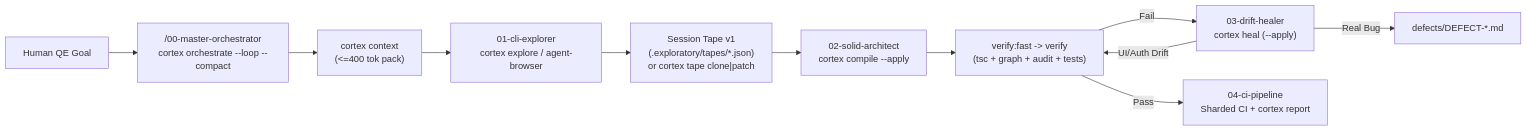
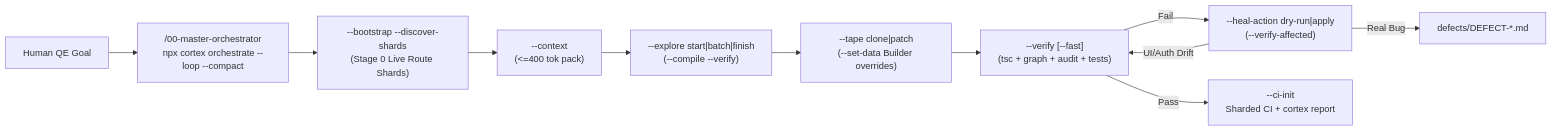
One commit to letstrnsfrm-ai/agentic-solid-qe changed the diagram in README.md. Above: the diagram before and after it, drawn with Mermaid. The commit also changed other lines of this file and 17 other files, not shown here.

Commit message:
feat(orchestrator): v0.45.0 unified 00-master-orchestrator single entry point & live route discovery

````diff
--- a/README.md
+++ b/README.md
@@ -44,13 +44,13 @@
 ```mermaid
 flowchart LR
-  H["Human QE Goal"] --> M["/00-master-orchestrator<br/>cortex orchestrate --loop --compact"]
-  M --> CTX["cortex context<br/>(<=400 tok pack)"]
-  CTX --> E["01-cli-explorer<br/>cortex explore / agent-browser"]
-  E --> T["Session Tape v1<br/>(.exploratory/tapes/*.json)<br/>or cortex tape clone|patch"]
-  T --> C["02-solid-architect<br/>cortex compile --apply"]
-  C --> V["verify:fast -> verify<br/>(tsc + graph + audit + tests)"]
-  V -- "Fail" --> D["03-drift-healer<br/>cortex heal (--apply)"]
-  D -- "Real Bug" --> B["defects/DEFECT-*.md"]
+  H["Human QE Goal"] --> M["/00-master-orchestrator<br/>npx cortex orchestrate --loop --compact"]
+  M --> B["--bootstrap --discover-shards<br/>(Stage 0 Live Route Shards)"]
+  B --> CTX["--context<br/>(<=400 tok pack)"]
+  CTX --> E["--explore start|batch|finish<br/>(--compile --verify)"]
+  E --> T["--tape clone|patch<br/>(--set-data Builder overrides)"]
+  T --> V["--verify [--fast]<br/>(tsc + graph + audit + tests)"]
+  V -- "Fail" --> D["--heal-action dry-run|apply<br/>(--verify-affected)"]
+  D -- "Real Bug" --> B2["defects/DEFECT-*.md"]
   D -- "UI/Auth Drift" --> V
-  V -- "Pass" --> CI["04-ci-pipeline<br/>Sharded CI + cortex report"]
+  V -- "Pass" --> CI["--ci-init<br/>Sharded CI + cortex report"]
 ```
````
